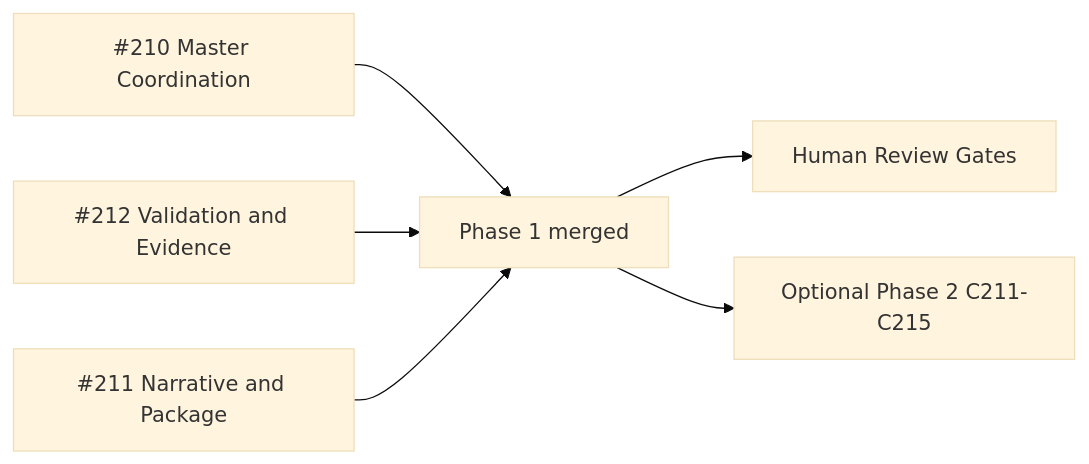
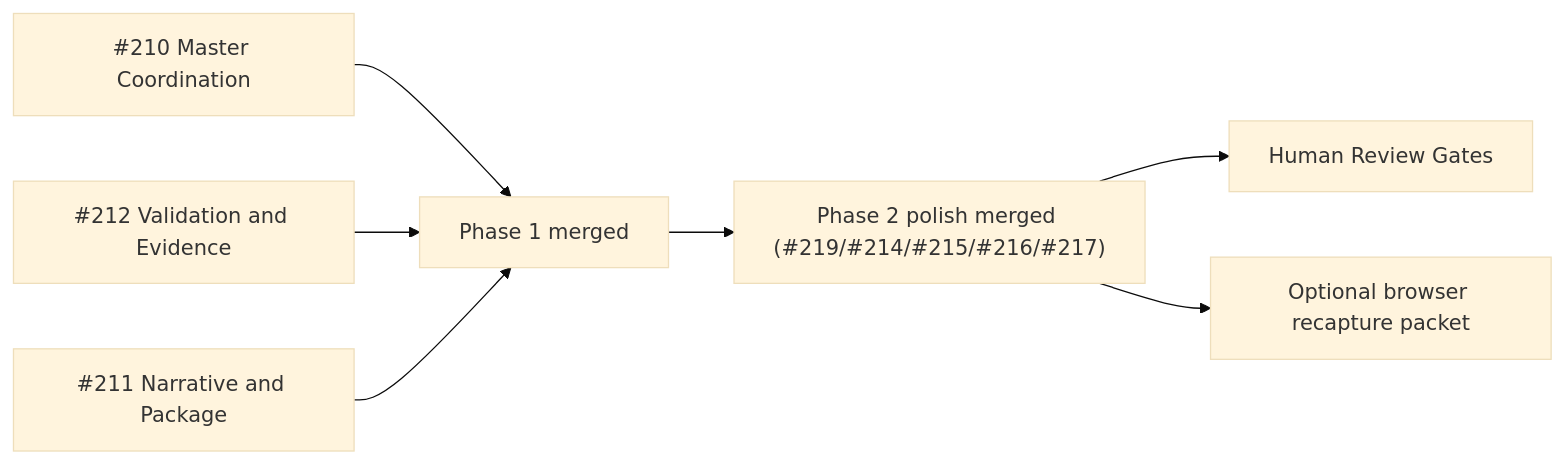
Before and after one commit to Creative-Science-Contest-2026/Multiagent-learning-platform: the diagram in docs/superpowers/pr-notes/2026-04-28-post-submission-close-sync.md, drawn with Mermaid (base theme). The commit also changed other lines of this file and 6 other files, not shown here.

````diff
--- a/docs/superpowers/pr-notes/2026-04-28-post-submission-close-sync.md
+++ b/docs/superpowers/pr-notes/2026-04-28-post-submission-close-sync.md
@@ -17,8 +17,9 @@
 ```mermaid
 flowchart LR
   A["#210 Master Coordination"] --> P1["Phase 1 merged"]
   B["#212 Validation and Evidence"] --> P1
   C["#211 Narrative and Package"] --> P1
-  P1 --> H["Human Review Gates"]
-  P1 --> O["Optional Phase 2 C211-C215"]
+  P1 --> P2["Phase 2 polish merged (#219/#214/#215/#216/#217)"]
+  P2 --> H["Human Review Gates"]
+  P2 --> R["Optional browser recapture packet"]
 ```
````
